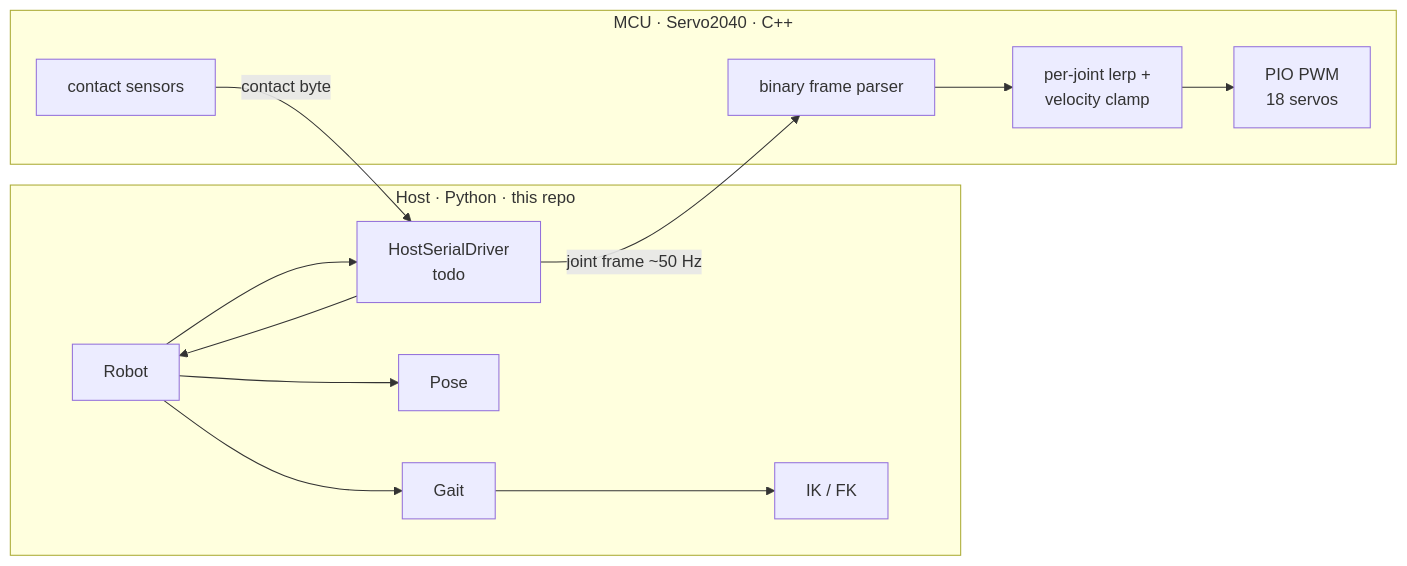
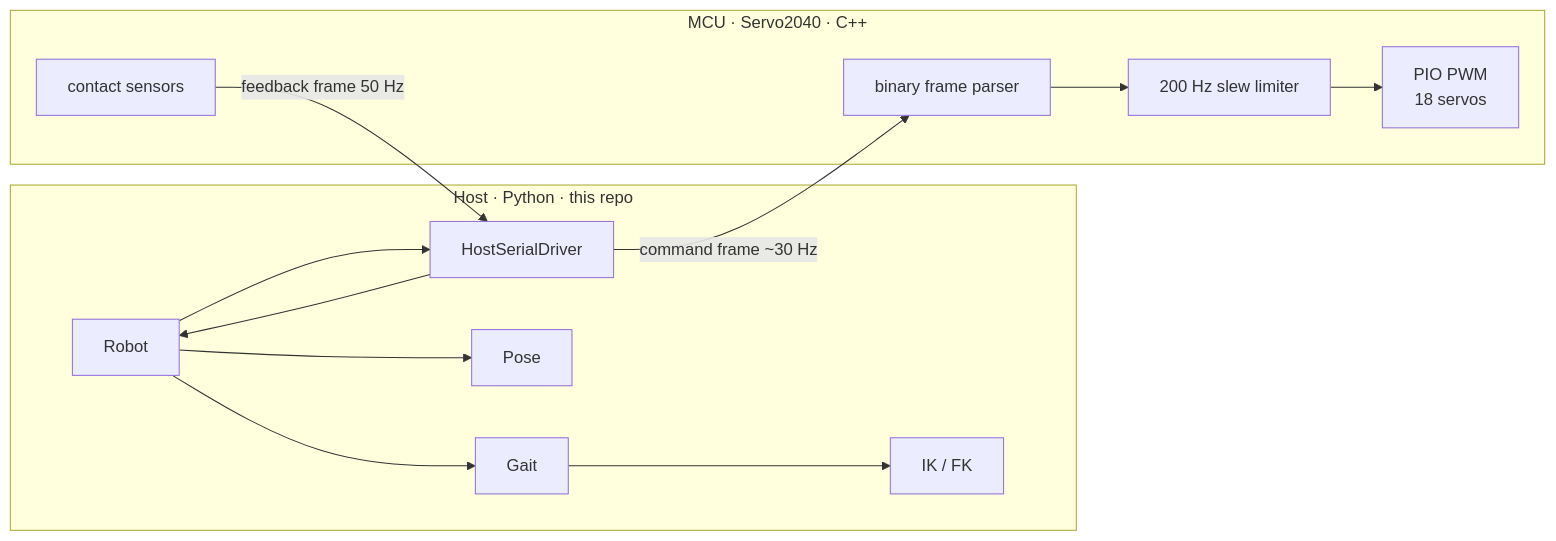
The sixth of 6 diagrams in README.md (traagel/hexapod-simulator), drawn with Mermaid before and after one commit. The commit also changed other lines of this file, not shown here.

````diff
--- a/README.md
+++ b/README.md
@@ -432,27 +546,27 @@
 ```mermaid
 flowchart LR
     subgraph host[Host · Python · this repo]
         ROBOT[Robot]
         GAIT[Gait]
         IK[IK / FK]
         POSE[Pose]
-        DRV[HostSerialDriver<br/>todo]
+        DRV[HostSerialDriver]
     end
 
     subgraph mcu[MCU · Servo2040 · C++]
         RX[binary frame parser]
-        LERP[per-joint lerp +<br/>velocity clamp]
+        SLEW[200 Hz slew limiter]
         PIO[PIO PWM<br/>18 servos]
         SENSE[contact sensors]
     end
 
     ROBOT --> GAIT --> IK
     ROBOT --> POSE
     ROBOT --> DRV
 
-    DRV -- "joint frame ~50 Hz" --> RX
-    RX --> LERP --> PIO
+    DRV -- "command frame ~30 Hz" --> RX
+    RX --> SLEW --> PIO
 
-    SENSE -- "contact byte" --> DRV
+    SENSE -- "feedback frame 50 Hz" --> DRV
     DRV --> ROBOT
 ```
````
